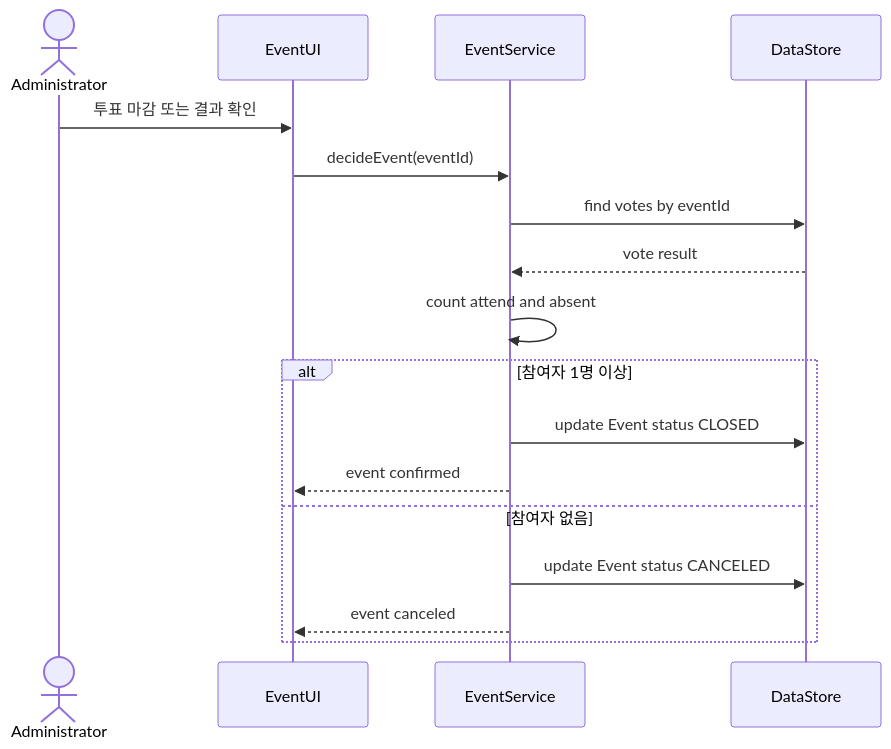
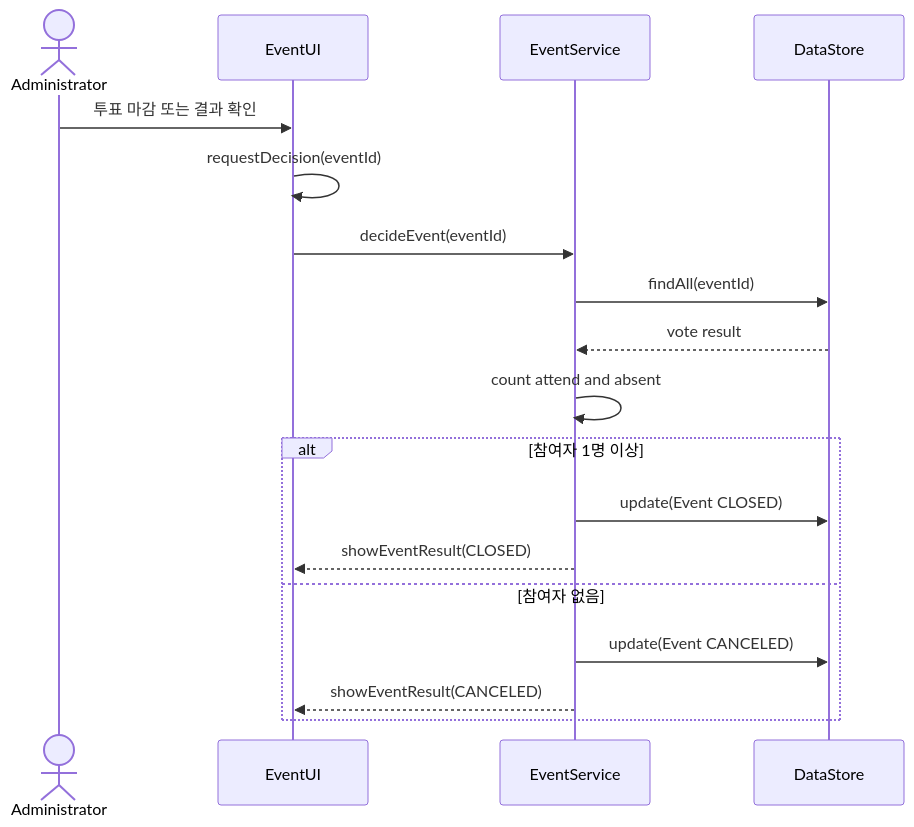
One commit to goldong23/Jo-Yul changed diagram 13 of 16 in Design_22411923_홍주은.md. Above: the diagram before and after it, drawn with Mermaid. The commit also changed other lines of this file, not shown here.

Commit message:
UML 다이어그램 강의 규칙 반영

````diff
--- a/Design_22411923_홍주은.md
+++ b/Design_22411923_홍주은.md
@@ -521,20 +607,21 @@
 ```mermaid
 sequenceDiagram
     actor Administrator
     participant EventUI
     participant EventService
     participant DataStore
 
     Administrator->>EventUI: 투표 마감 또는 결과 확인
+    EventUI->>EventUI: requestDecision(eventId)
     EventUI->>EventService: decideEvent(eventId)
-    EventService->>DataStore: find votes by eventId
+    EventService->>DataStore: findAll(eventId)
     DataStore-->>EventService: vote result
     EventService->>EventService: count attend and absent
     alt 참여자 1명 이상
-        EventService->>DataStore: update Event status CLOSED
-        EventService-->>EventUI: event confirmed
+        EventService->>DataStore: update(Event CLOSED)
+        EventService-->>EventUI: showEventResult(CLOSED)
     else 참여자 없음
-        EventService->>DataStore: update Event status CANCELED
-        EventService-->>EventUI: event canceled
+        EventService->>DataStore: update(Event CANCELED)
+        EventService-->>EventUI: showEventResult(CANCELED)
     end
 ```
````
